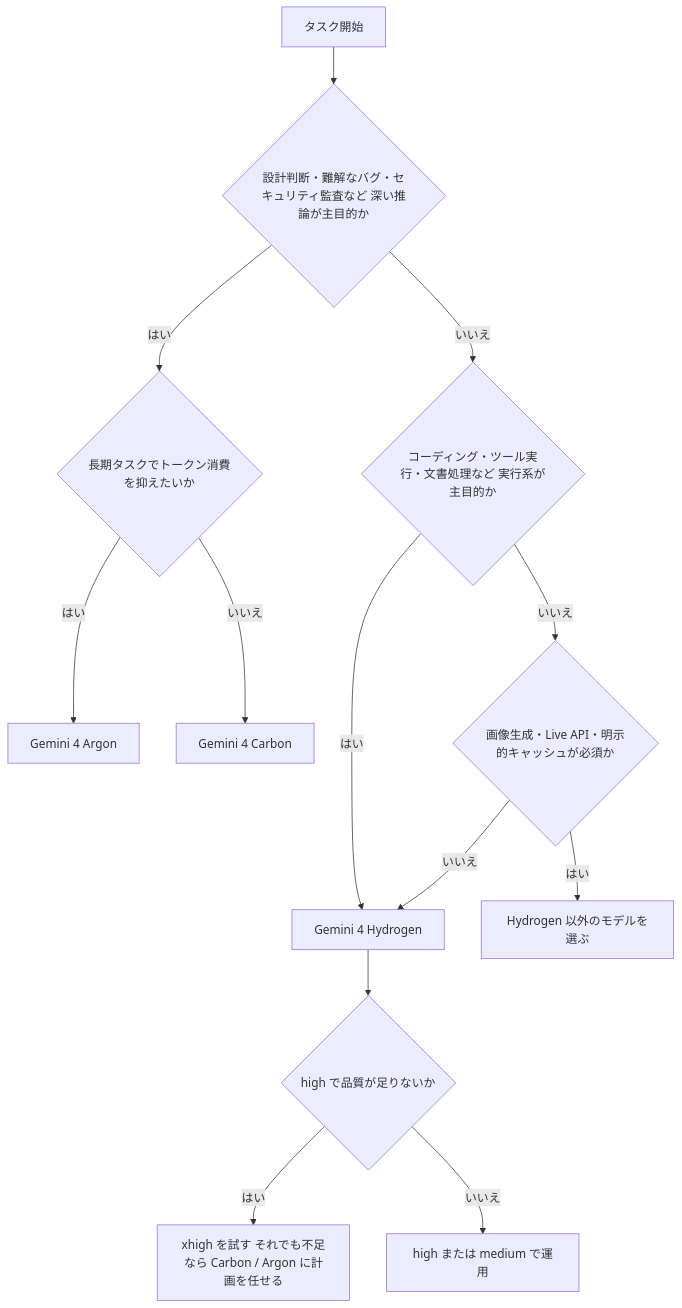
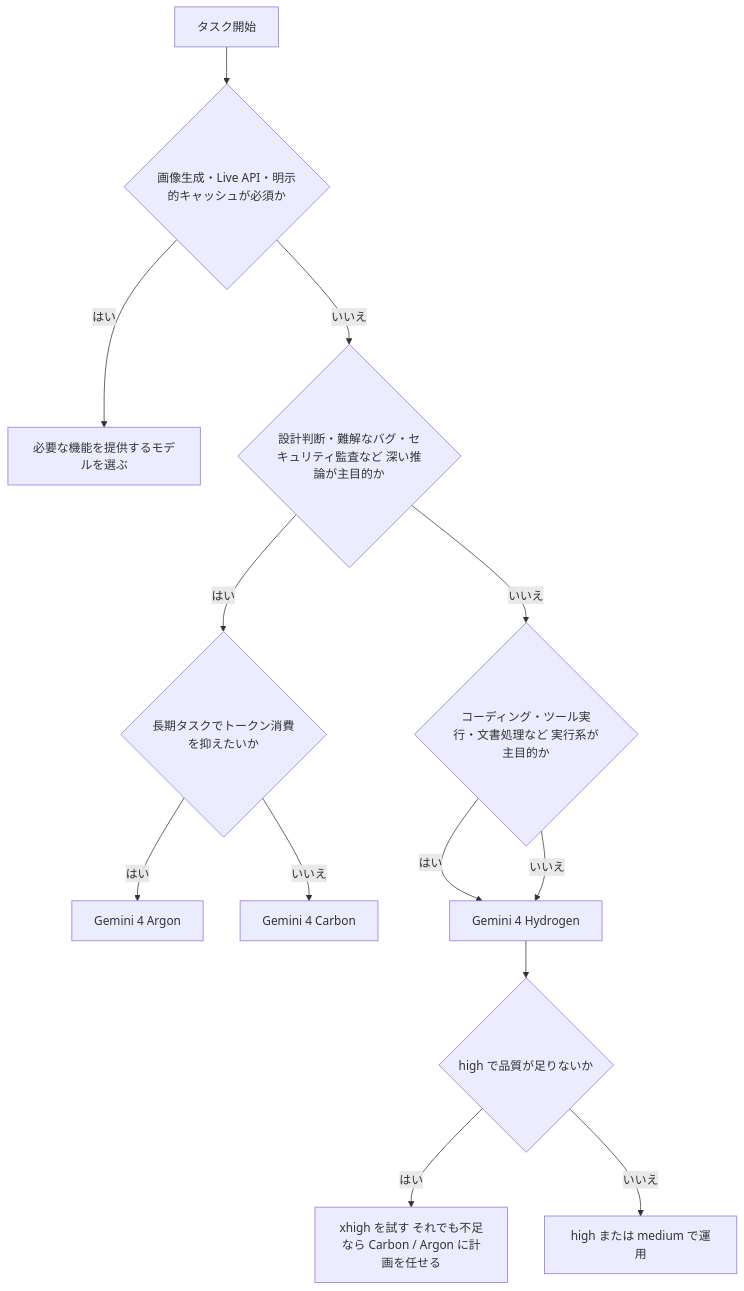
One commit to myoshi2891/Comparison-of-LLMs changed the second of 10 diagrams in Gemini-4-hydrogen-guide.md. Above: the diagram before and after it, drawn with Mermaid. The commit also changed other lines of this file, not shown here.

Commit message:
docs(google): prioritize required feature check and clarify Long Decode continuation modes in Hydrogen guide

````diff
--- a/Gemini-4-hydrogen-guide.md
+++ b/Gemini-4-hydrogen-guide.md
@@ -106,15 +106,15 @@
 ```mermaid
 flowchart TD
-    S["タスク開始"] --> Q1{"設計判断・難解なバグ・セキュリティ監査など 深い推論が主目的か"}
+    S["タスク開始"] --> Q4{"画像生成・Live API・明示的キャッシュが必須か"}
+    Q4 -- "はい" --> OTHER["必要な機能を提供するモデルを選ぶ"]
+    Q4 -- "いいえ" --> Q1{"設計判断・難解なバグ・セキュリティ監査など 深い推論が主目的か"}
     Q1 -- "はい" --> Q2{"長期タスクでトークン消費を抑えたいか"}
     Q2 -- "はい" --> ARGON["Gemini 4 Argon"]
     Q2 -- "いいえ" --> CARBON["Gemini 4 Carbon"]
     Q1 -- "いいえ" --> Q3{"コーディング・ツール実行・文書処理など 実行系が主目的か"}
     Q3 -- "はい" --> HYD["Gemini 4 Hydrogen"]
-    Q3 -- "いいえ" --> Q4{"画像生成・Live API・明示的キャッシュが必須か"}
-    Q4 -- "はい" --> OTHER["Hydrogen 以外のモデルを選ぶ"]
-    Q4 -- "いいえ" --> HYD
+    Q3 -- "いいえ" --> HYD
     HYD --> Q5{"high で品質が足りないか"}
     Q5 -- "はい" --> XH["xhigh を試す それでも不足なら Carbon / Argon に計画を任せる"]
     Q5 -- "いいえ" --> DONE["high または medium で運用"]
 ```
````
